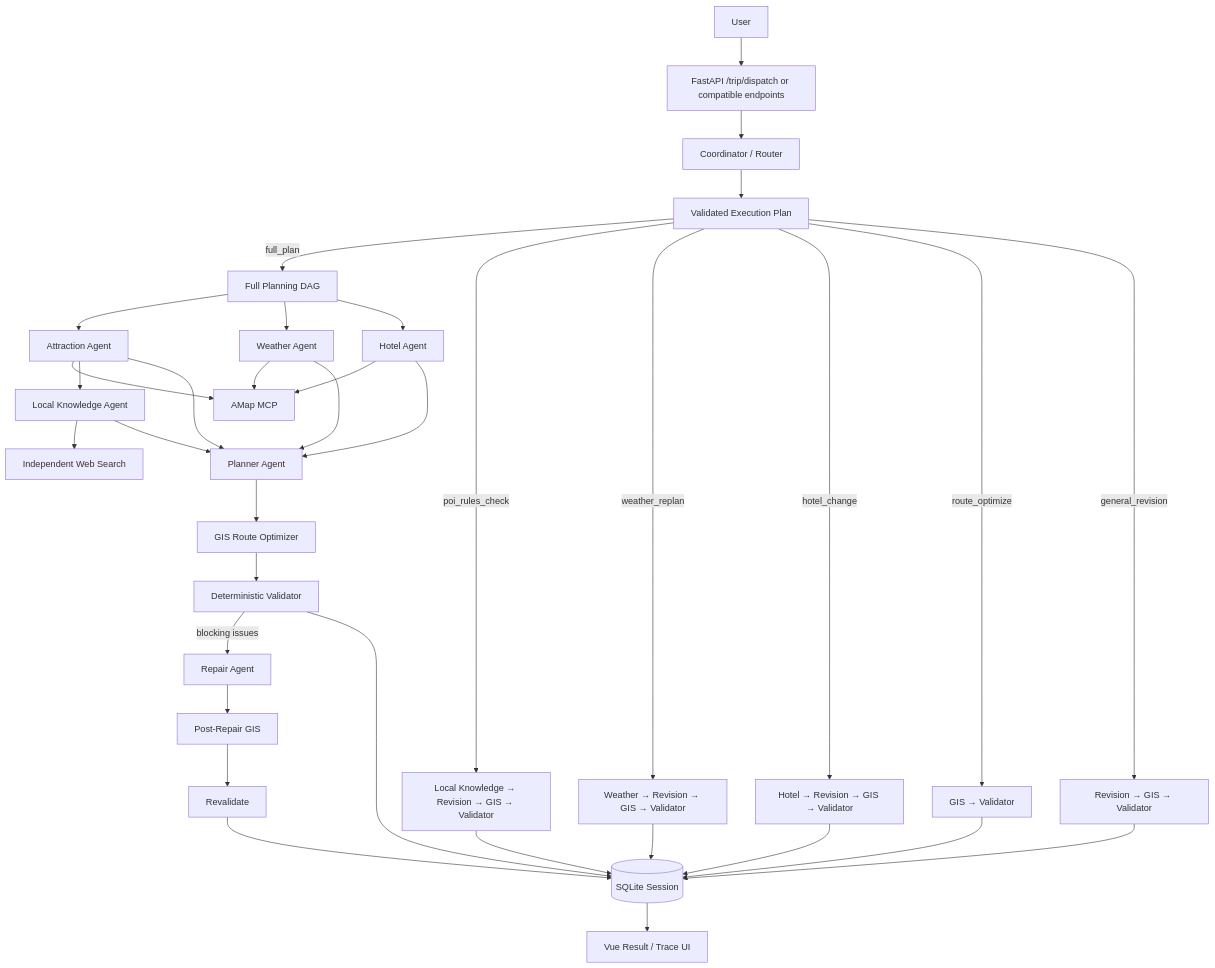
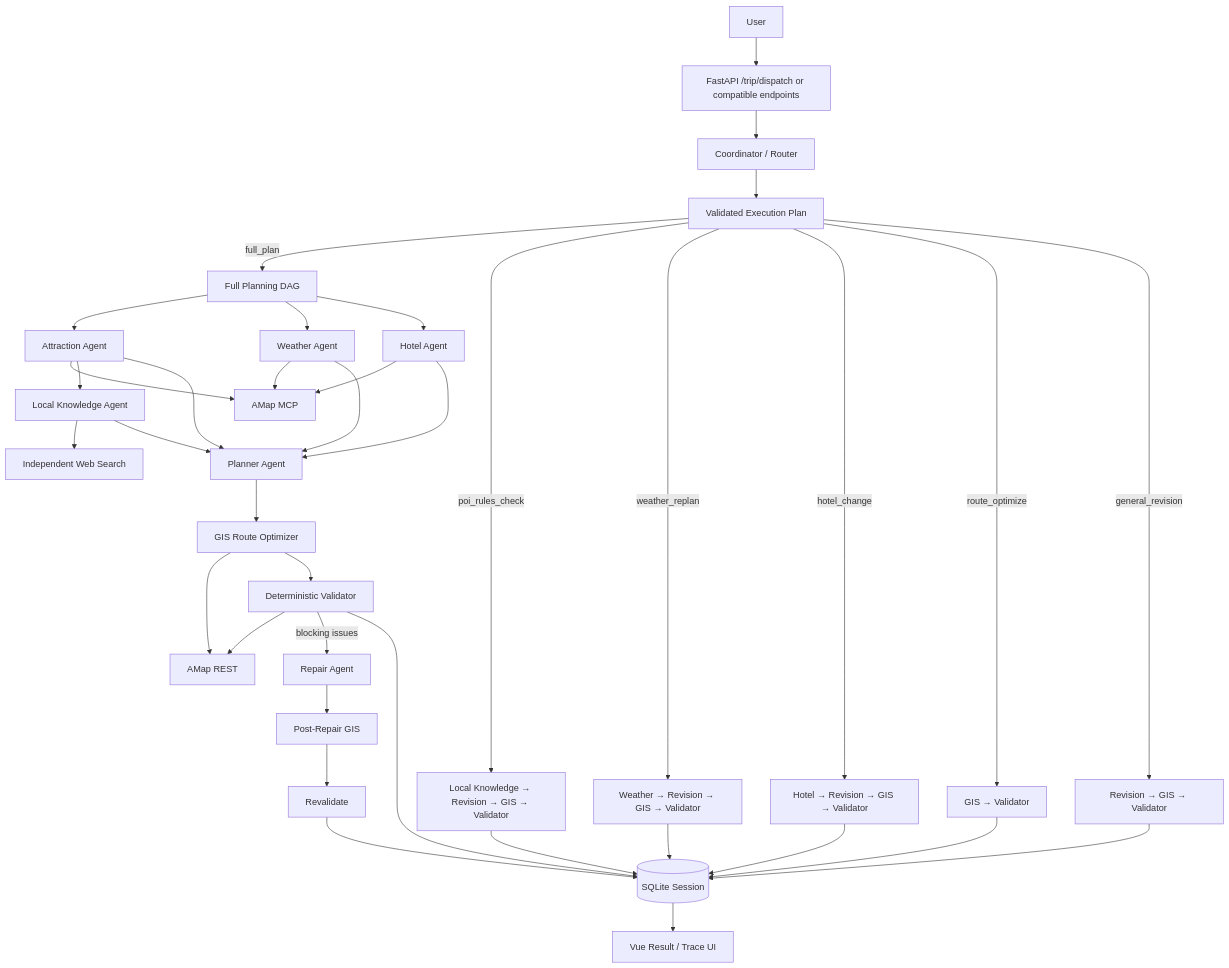
Before and after one commit to geomini1989-cpu/helloagents-trip-planner: the diagram in docs/ARCHITECTURE.md, drawn with Mermaid. The commit also changed other lines of this file and 17 other files, not shown here.

````diff
--- a/docs/ARCHITECTURE.md
+++ b/docs/ARCHITECTURE.md
@@ -25,43 +26,46 @@
 ```mermaid
 flowchart TD
     U[User] --> API[FastAPI /trip/dispatch or compatible endpoints]
     API --> C[Coordinator / Router]
     C --> EP[Validated Execution Plan]
 
     EP -->|full_plan| FULL[Full Planning DAG]
     EP -->|poi_rules_check| KFLOW[Local Knowledge → Revision → GIS → Validator]
     EP -->|weather_replan| WFLOW[Weather → Revision → GIS → Validator]
     EP -->|hotel_change| HFLOW[Hotel → Revision → GIS → Validator]
     EP -->|route_optimize| RFLOW[GIS → Validator]
     EP -->|general_revision| REVFLOW[Revision → GIS → Validator]
 
     FULL --> A[Attraction Agent]
     FULL --> W[Weather Agent]
     FULL --> H[Hotel Agent]
     A --> AMAP[AMap MCP]
     W --> AMAP
     H --> AMAP
+
+    GIS --> AR[AMap REST]
+    V --> AR
 
     A --> LK[Local Knowledge Agent]
     LK --> WEB[Independent Web Search]
 
     A --> P[Planner Agent]
     W --> P
     H --> P
     LK --> P
 
     P --> GIS[GIS Route Optimizer]
     GIS --> V[Deterministic Validator]
     V -->|blocking issues| R[Repair Agent]
     R --> GIS2[Post-Repair GIS]
     GIS2 --> V2[Revalidate]
 
     KFLOW --> DB[(SQLite Session)]
     WFLOW --> DB
     HFLOW --> DB
     RFLOW --> DB
     REVFLOW --> DB
     V --> DB
     V2 --> DB
     DB --> FE[Vue Result / Trace UI]
 ```
````
